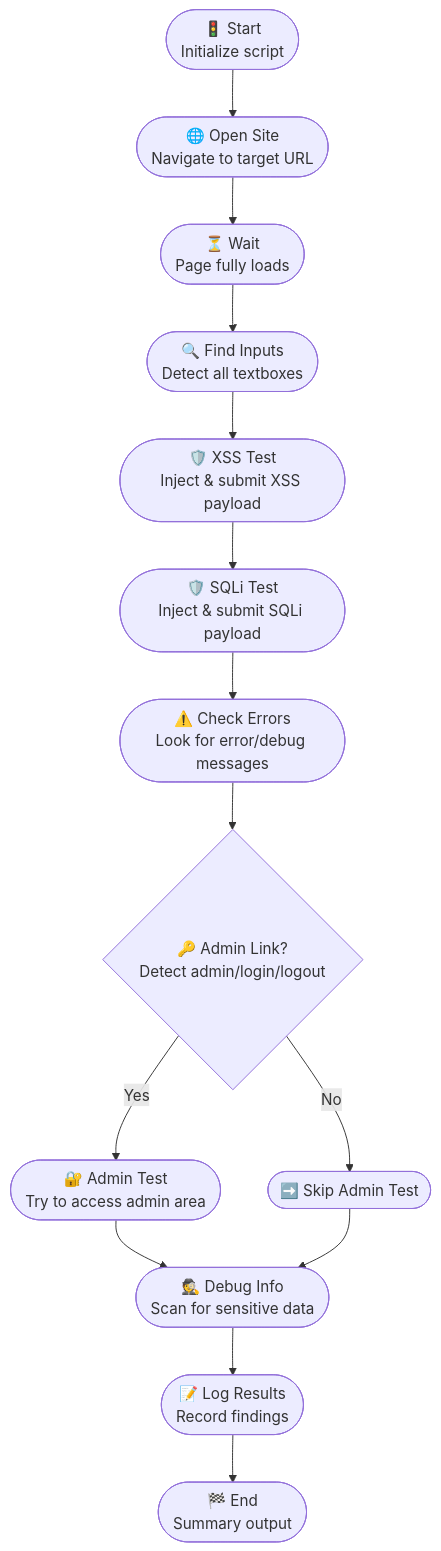
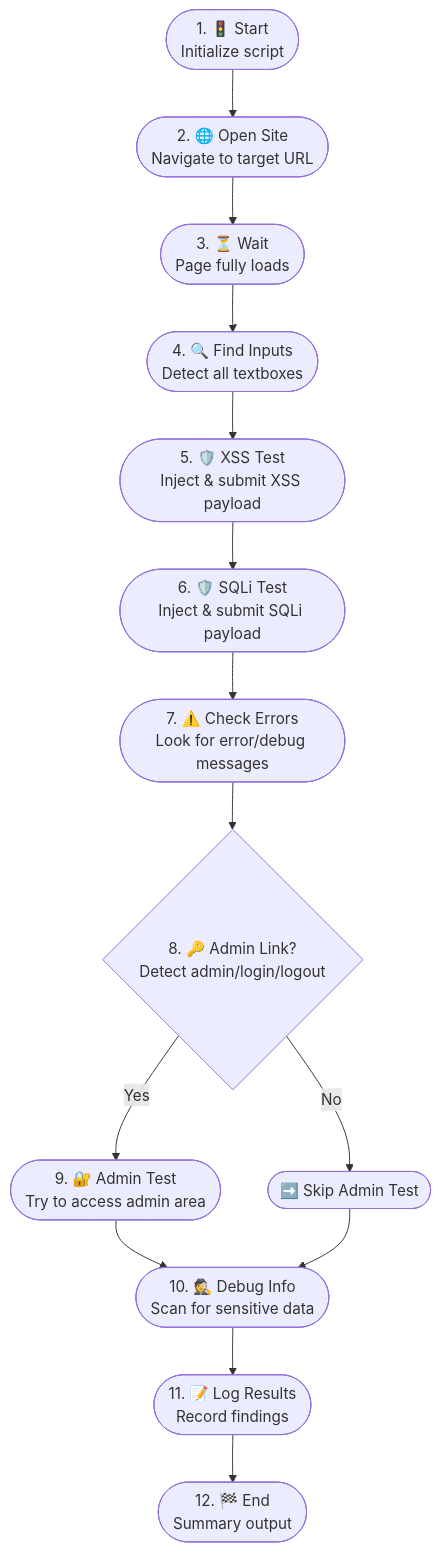
The fourth of 4 diagrams in README.md (ma3u/testingAskui), drawn with Mermaid before and after one commit. The commit also changed other lines of this file and 2 other files, not shown here.

Commit message:
refactor: convert OWASP security check from TypeScript to Python with improved documentation

````diff
--- a/README.md
+++ b/README.md
@@ -364,16 +367,16 @@
 ```mermaid
 flowchart TD
-    S(["🚦 Start<br/>Initialize script"]) --> O(["🌐 Open Site<br/>Navigate to target URL"])
-    O --> W(["⏳ Wait<br/>Page fully loads"])
-    W --> I(["🔍 Find Inputs<br/>Detect all textboxes"])
-    I --> X(["🛡️ XSS Test<br/>Inject & submit XSS payload"])
-    X --> Q(["🛡️ SQLi Test<br/>Inject & submit SQLi payload"])
-    Q --> E(["⚠️ Check Errors<br/>Look for error/debug messages"])
-    E --> A{"🔑 Admin Link?<br/>Detect admin/login/logout"}
-    A -- Yes --> T(["🔐 Admin Test<br/>Try to access admin area"])
+    S(["1. 🚦 Start<br/>Initialize script"]) --> O(["2. 🌐 Open Site<br/>Navigate to target URL"])
+    O --> W(["3. ⏳ Wait<br/>Page fully loads"])
+    W --> I(["4. 🔍 Find Inputs<br/>Detect all textboxes"])
+    I --> X(["5. 🛡️ XSS Test<br/>Inject & submit XSS payload"])
+    X --> Q(["6. 🛡️ SQLi Test<br/>Inject & submit SQLi payload"])
+    Q --> E(["7. ⚠️ Check Errors<br/>Look for error/debug messages"])
+    E --> A{"8. 🔑 Admin Link?<br/>Detect admin/login/logout"}
+    A -- Yes --> T(["9. 🔐 Admin Test<br/>Try to access admin area"])
     A -- No --> K(["➡️ Skip Admin Test"])
-    T --> D(["🕵️ Debug Info<br/>Scan for sensitive data"])
+    T --> D(["10. 🕵️ Debug Info<br/>Scan for sensitive data"])
     K --> D
-    D --> L(["📝 Log Results<br/>Record findings"])
-    L --> F(["🏁 End<br/>Summary output"])
+    D --> L(["11. 📝 Log Results<br/>Record findings"])
+    L --> F(["12. 🏁 End<br/>Summary output"])
 ```
````
